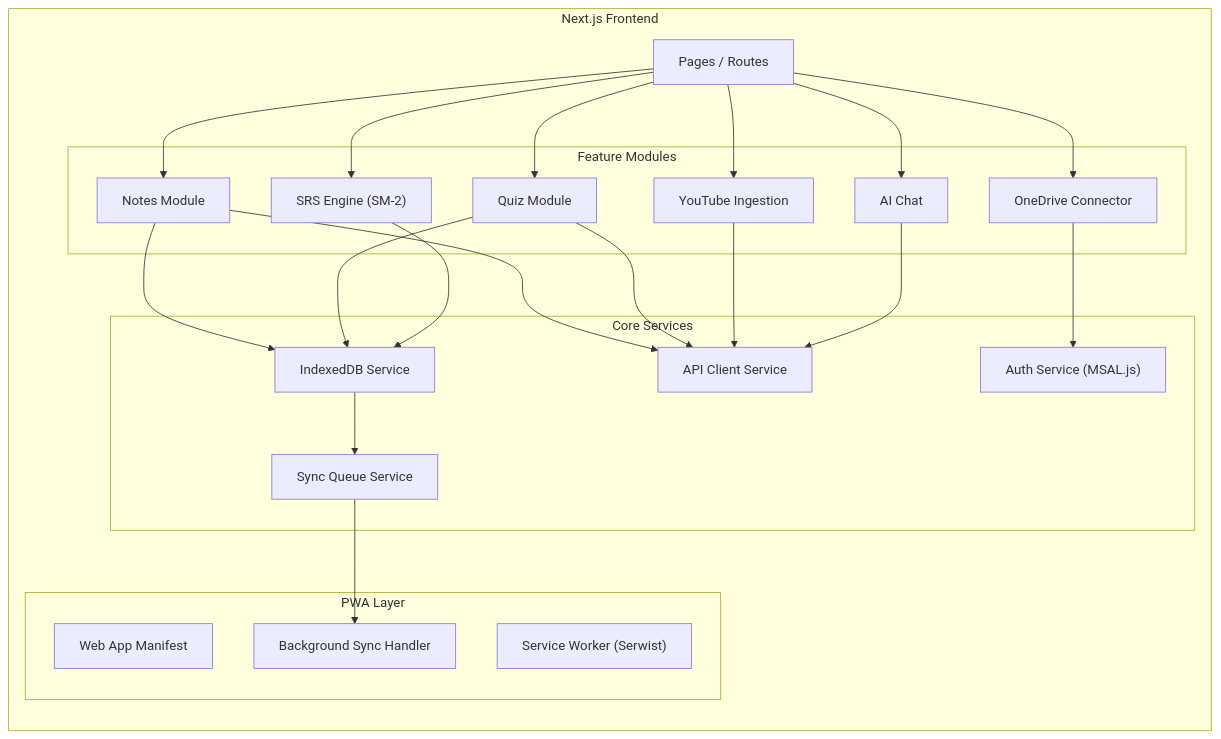
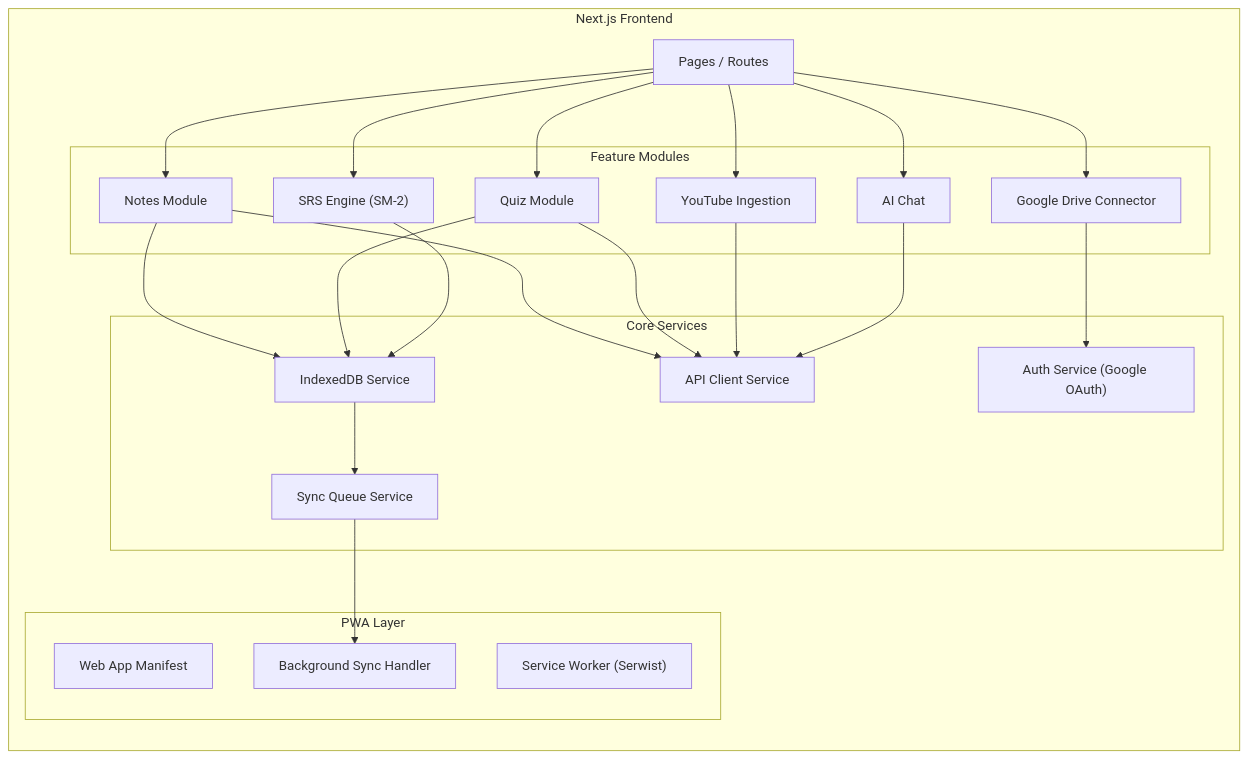
The second of 8 diagrams in documentation/design/high_level/02_system_architecture.md (Strider221B/synapse-sync), drawn with Mermaid before and after one commit. The commit also changed other lines of this file and 5 other files, not shown here.

````diff
--- a/documentation/design/high_level/02_system_architecture.md
+++ b/documentation/design/high_level/02_system_architecture.md
@@ -97,49 +97,49 @@
 ```mermaid
 graph LR
     subgraph "Next.js Frontend"
         direction TB
         PAGES["Pages / Routes"]
         
         subgraph "Feature Modules"
             NOTES["Notes Module"]
             QUIZ["Quiz Module"]
             SRS["SRS Engine (SM-2)"]
             YT["YouTube Ingestion"]
             CHAT["AI Chat"]
-            ONDRIVE["OneDrive Connector"]
+            GDRIVE_CONN["Google Drive Connector"]
         end
 
         subgraph "Core Services"
             IDB_SVC["IndexedDB Service"]
             SYNC_SVC["Sync Queue Service"]
             API_SVC["API Client Service"]
-            AUTH_SVC["Auth Service (MSAL.js)"]
+            AUTH_SVC["Auth Service (Google OAuth)"]
         end
 
         subgraph "PWA Layer"
             MANIFEST["Web App Manifest"]
             SERVICE_WORKER["Service Worker (Serwist)"]
             BG_SYNC["Background Sync Handler"]
         end
     end
 
     PAGES --> NOTES
     PAGES --> QUIZ
     PAGES --> SRS
     PAGES --> YT
     PAGES --> CHAT
-    PAGES --> ONDRIVE
+    PAGES --> GDRIVE_CONN
 
     NOTES --> IDB_SVC
     QUIZ --> IDB_SVC
     SRS --> IDB_SVC
     
     NOTES --> API_SVC
     QUIZ --> API_SVC
     YT --> API_SVC
     CHAT --> API_SVC
     
-    ONDRIVE --> AUTH_SVC
+    GDRIVE_CONN --> AUTH_SVC
     SYNC_SVC --> BG_SYNC
     IDB_SVC --> SYNC_SVC
 ```
````
